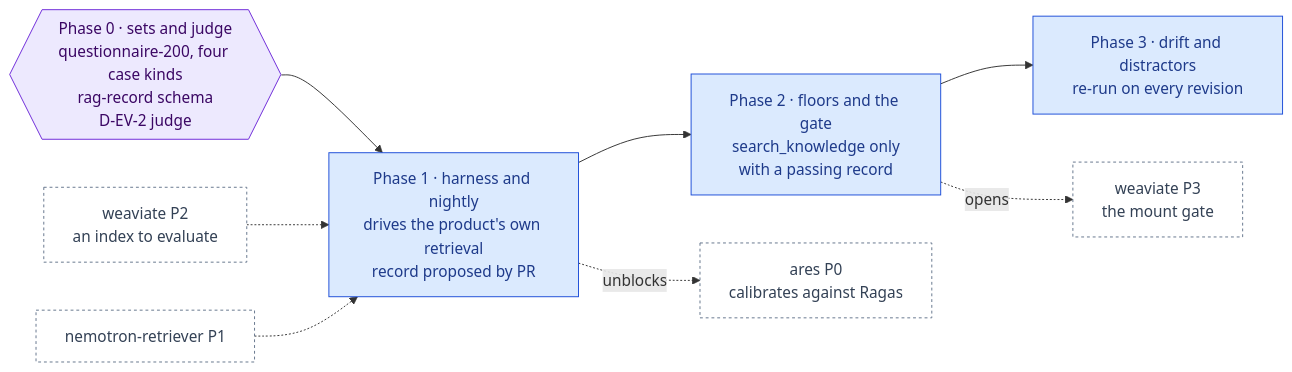
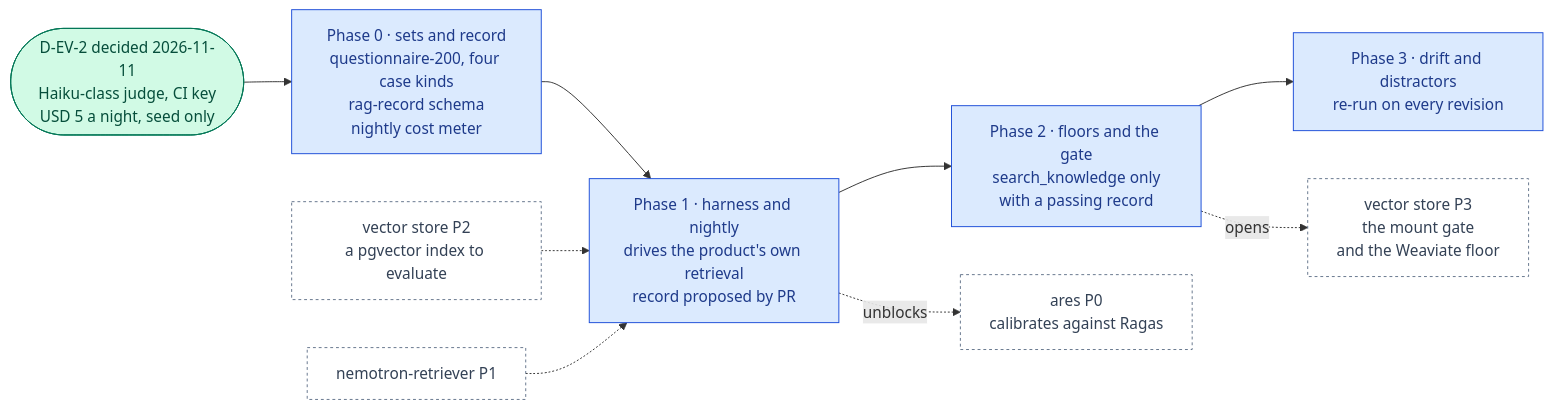
The diagram in docs/ai-architecture/ragas.md (RodnaPamet/inflect-compliance), drawn with Mermaid before and after one commit. The commit also changed other lines of this file and 4 other files, not shown here.

````diff
--- a/docs/ai-architecture/ragas.md
+++ b/docs/ai-architecture/ragas.md
@@ -29,23 +31,24 @@
 ```mermaid
 flowchart LR
-  P0{{"Phase 0 · sets and judge<br/>questionnaire-200, four case kinds<br/>rag-record schema<br/>D-EV-2 judge"}}:::gate
+  DEV2(["D-EV-2 decided 2026-11-11<br/>Haiku-class judge, CI key<br/>USD 5 a night, seed only"]):::done
+  P0["Phase 0 · sets and record<br/>questionnaire-200, four case kinds<br/>rag-record schema<br/>nightly cost meter"]:::todo
   P1["Phase 1 · harness and nightly<br/>drives the product's own retrieval<br/>record proposed by PR"]:::todo
   P2["Phase 2 · floors and the gate<br/>search_knowledge only<br/>with a passing record"]:::todo
   P3["Phase 3 · drift and distractors<br/>re-run on every revision"]:::todo
-  WV["weaviate P2<br/>an index to evaluate"]:::ext
+  WV["vector store P2<br/>a pgvector index to evaluate"]:::ext
   RT["nemotron-retriever P1"]:::ext
-  WV3["weaviate P3<br/>the mount gate"]:::ext
+  WV3["vector store P3<br/>the mount gate<br/>and the Weaviate floor"]:::ext
   AR["ares P0<br/>calibrates against Ragas"]:::ext
-  P0 --> P1 --> P2 --> P3
+  DEV2 --> P0 --> P1 --> P2 --> P3
   WV -.-> P1
   RT -.-> P1
   P2 -.->|opens| WV3
   P1 -.->|unblocks| AR
 
   classDef done fill:#d1fae5,stroke:#047857,color:#064e3b
   classDef todo fill:#dbeafe,stroke:#1d4ed8,color:#1e3a8a
   classDef gate fill:#ede9fe,stroke:#6d28d9,color:#3b0764
   classDef ext fill:#ffffff,stroke:#64748b,color:#334155,stroke-dasharray:3 3
   classDef eval fill:#fce7f3,stroke:#be185d,color:#831843
   classDef declined fill:#f3f4f6,stroke:#6b7280,color:#374151,stroke-dasharray:4 3
 ```
````
